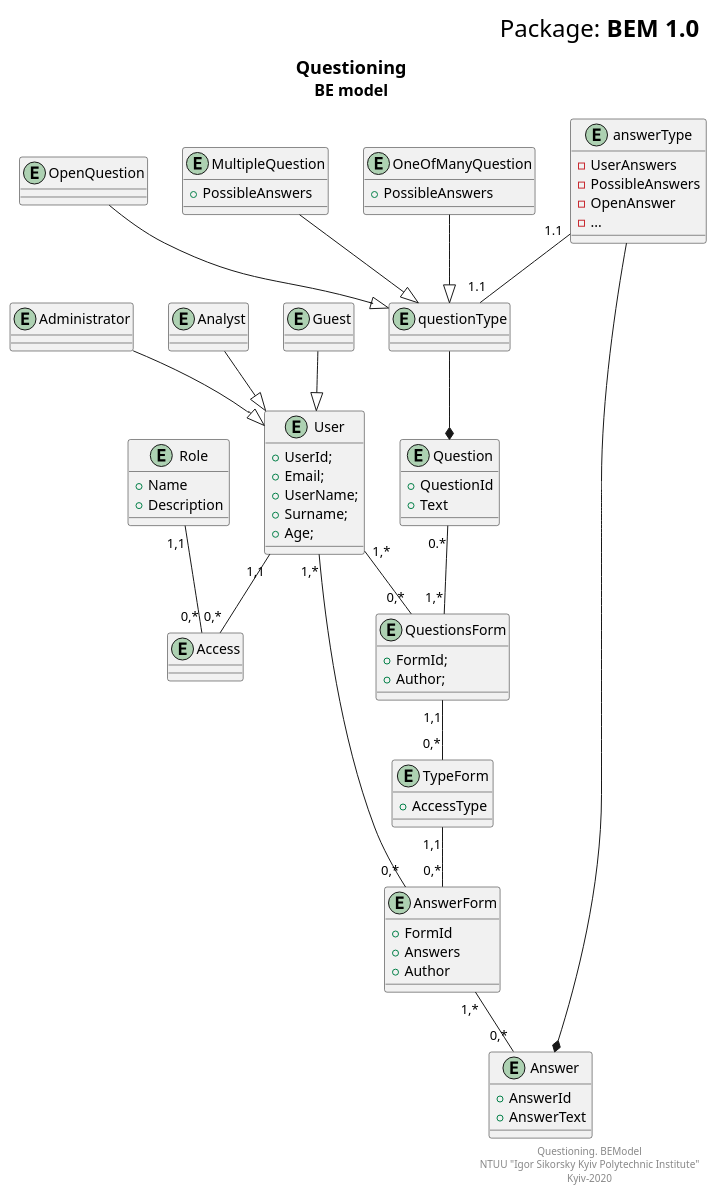
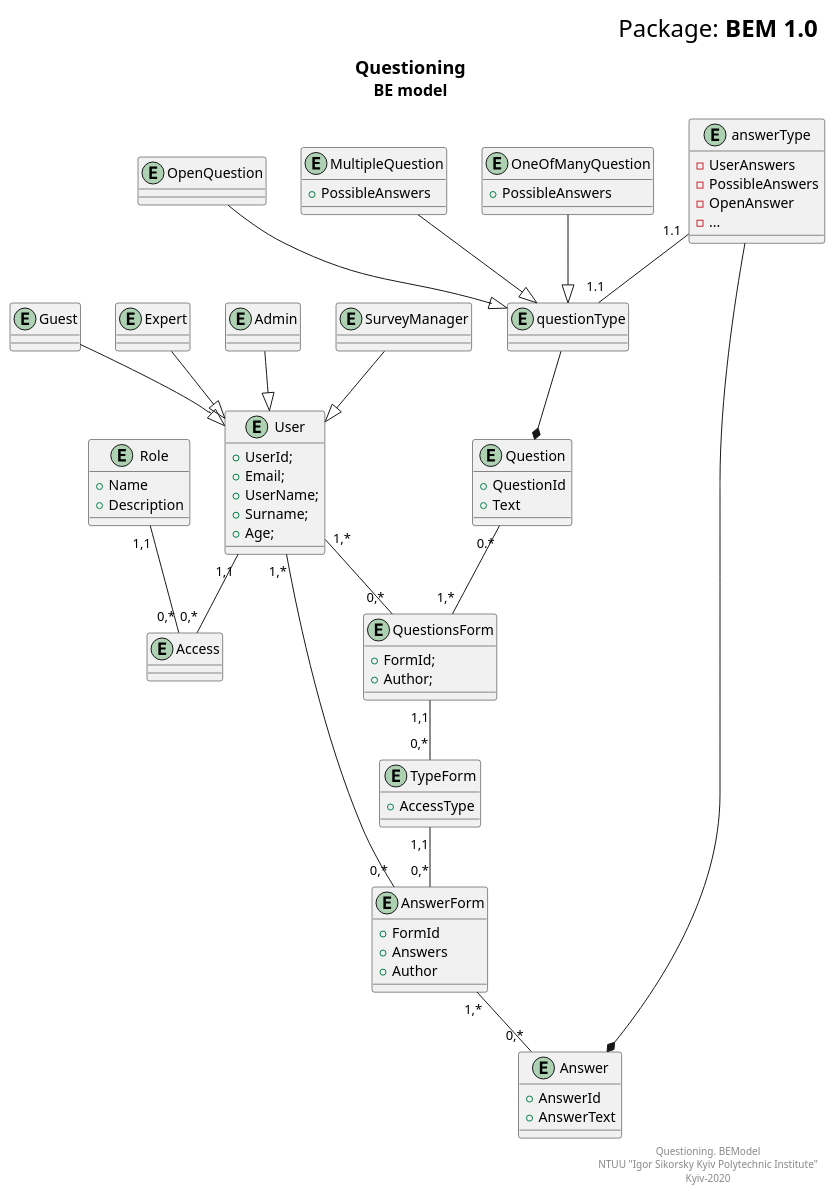
The diagram in Information/Diagrams/BEM/BEM.pu (teramont/databaseQuestioning), drawn with PlantUML before and after one commit.

```diff
--- a/Information/Diagrams/BEM/BEM.pu
+++ b/Information/Diagrams/BEM/BEM.pu
@@ -1,116 +1,126 @@
 @startuml
 right header
 <font size=24 color=black>Package: <b>BEM 1.0
 end header
 
 title
 <font size=18 color=black>Questioning
 <font size=16 color=black>BE model
 end title
 
 
 entity User {
     + UserId;
     + Email;
     + UserName;
     + Surname;
     + Age;
 }
 
-entity Administrator
-entity Analyst
 entity Guest
+entity Expert
+entity Admin
+entity SurveyManager
 
 entity Access
 entity Role {
  + Name
  + Description
 }
 
 Role "1,1"--"0,*" Access
 
 User "1,1"--"0,*" Access
 
-Administrator --|> User
-Analyst --|> User
+Admin --|> User
+Expert --|> User
 Guest --|> User
+SurveyManager --|> User
 
 
 
 entity QuestionsForm{
  + FormId;
  + Author;
 }
 
 entity TypeForm {
  + AccessType
 }
+
+
 
 
 
 entity Question {
 + QuestionId
 + Text
 }
 
 entity questionType
 
 entity OneOfManyQuestion {
 + PossibleAnswers
 }
 
 entity OpenQuestion 
 
 entity MultipleQuestion {
 + PossibleAnswers
 }
 
 MultipleQuestion --|> questionType
 OpenQuestion --|> questionType
 OneOfManyQuestion --|> questionType
 
 questionType --* Question
 
 
+
+
 Question  "0.*"--"1,*" QuestionsForm
 QuestionsForm "1,1"--"0,*" TypeForm
+
+
+
+
 
 
 entity AnswerForm {
  + FormId
  + Answers
  + Author
 }
 
 
 
 entity Answer {
  + AnswerId
  + AnswerText
 }
 
 entity answerType{
  - UserAnswers
  - PossibleAnswers 
  - OpenAnswer 
  - ...
 }
 
 answerType "1.1"--"1.1" questionType
 TypeForm "1,1"--"0,*" AnswerForm
 
 answerType --* Answer
 
 AnswerForm "1,*"--"0,*" Answer
 
 
 
 User "1,*"--"0,*" AnswerForm
 User "1,*"--"0,*" QuestionsForm
 
 right footer
 Questioning. BEModel
 NTUU "Igor Sikorsky Kyiv Polytechnic Institute"
 Kyiv-2020
 end footer
 @enduml
```
